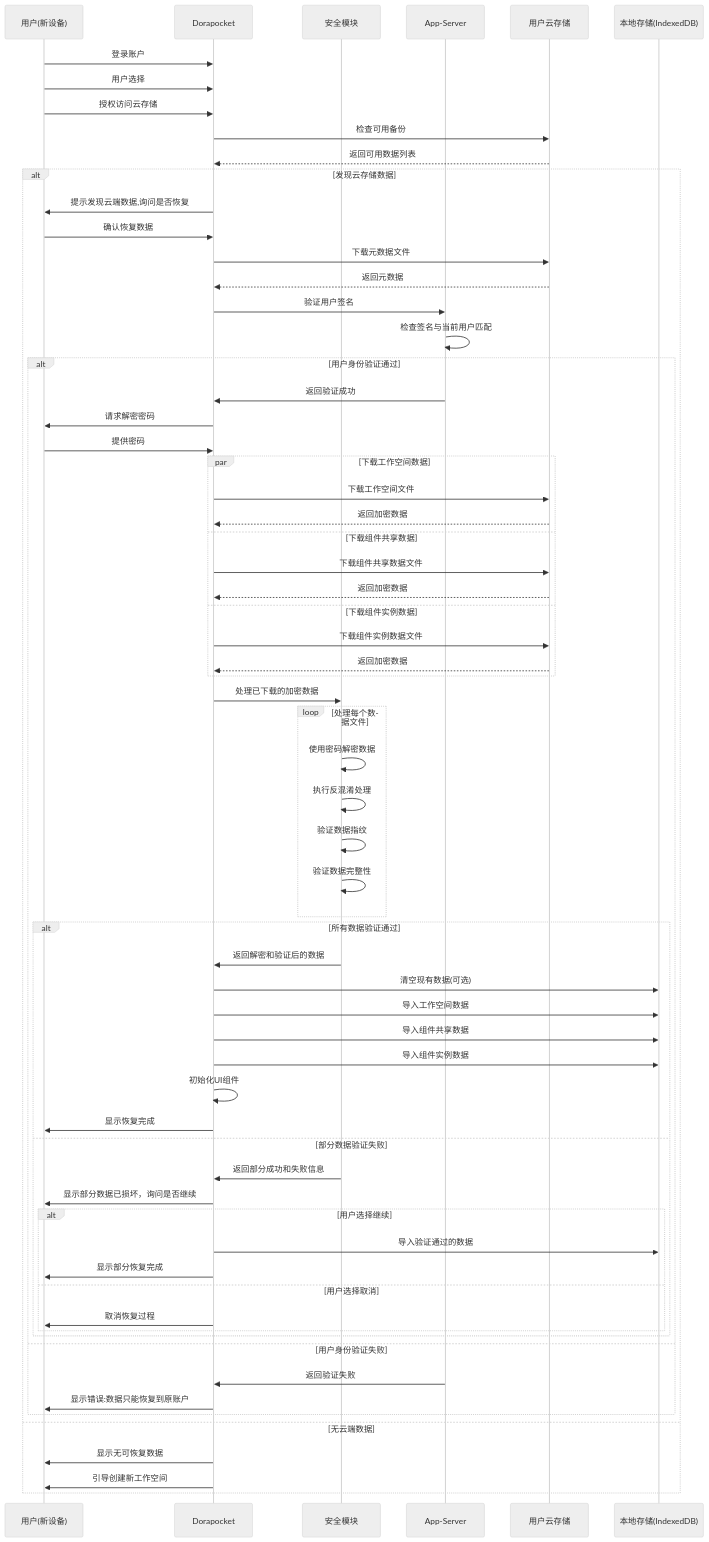
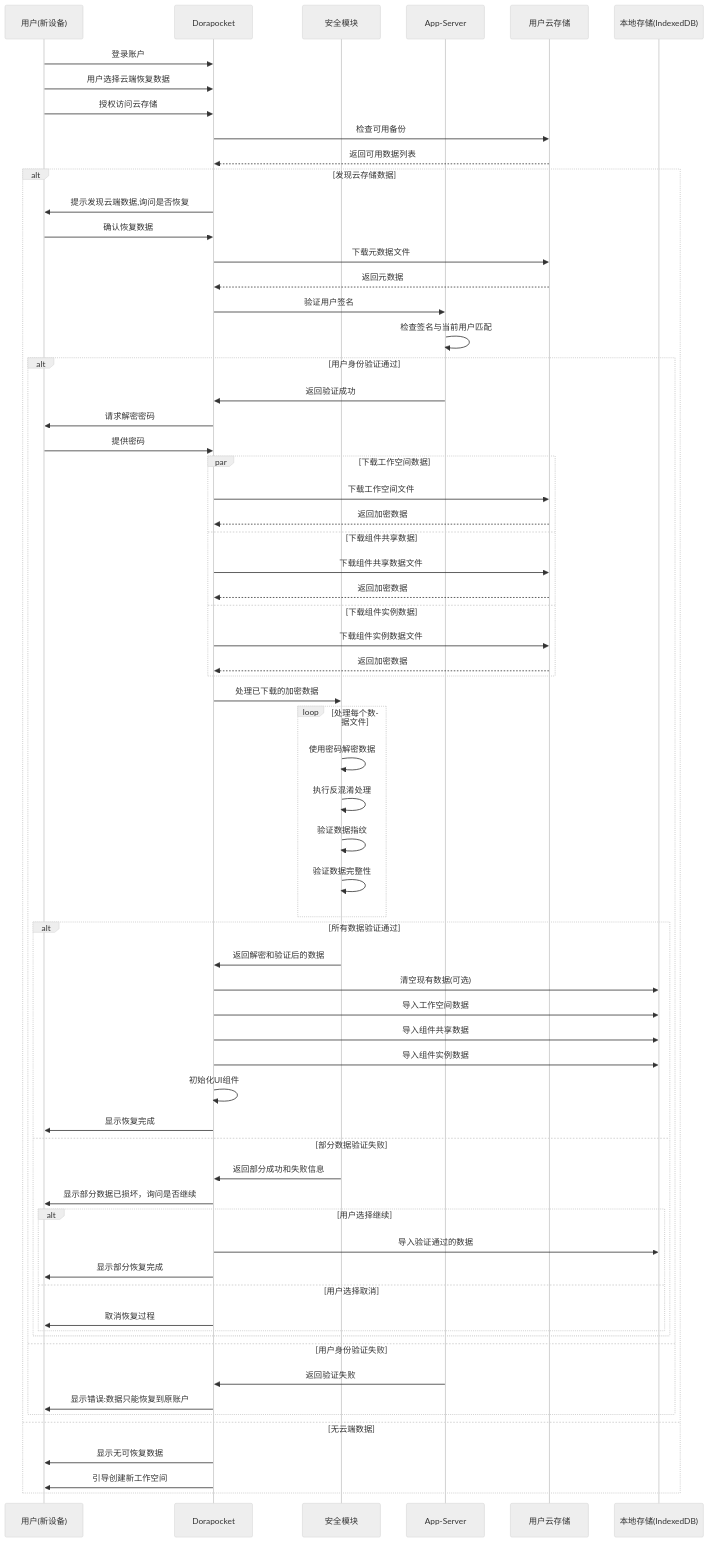
The diagram in all/未命名-34.md (yingjianzh/iodraw-files), drawn with Mermaid (neutral theme) before and after one commit.

Commit message:
2025-04-17 17:05:51 update

````diff
--- a/all/未命名-34.md
+++ b/all/未命名-34.md
@@ -1,81 +1,81 @@
 ```mermaid
 sequenceDiagram
     participant User as 用户(新设备)
     participant App as Dorapocket
     participant Security as 安全模块
     participant AppServer as App-Server
     participant UserCloud as 用户云存储
     participant LocalDB as 本地存储(IndexedDB)
     
     User->>App: 登录账户
-    User->>App: 用户选择
+    User->>App: 用户选择云端恢复数据
     User->>App: 授权访问云存储
     
     App->>UserCloud: 检查可用备份
     UserCloud-->>App: 返回可用数据列表
     
     alt 发现云存储数据
         App->>User: 提示发现云端数据,询问是否恢复
         User->>App: 确认恢复数据
         
         App->>UserCloud: 下载元数据文件
         UserCloud-->>App: 返回元数据
         
         App->>AppServer: 验证用户签名
         AppServer->>AppServer: 检查签名与当前用户匹配
         
         alt 用户身份验证通过
             AppServer->>App: 返回验证成功
             
             App->>User: 请求解密密码
             User->>App: 提供密码
             
             par 下载工作空间数据
                 App->>UserCloud: 下载工作空间文件
                 UserCloud-->>App: 返回加密数据
             and 下载组件共享数据
                 App->>UserCloud: 下载组件共享数据文件
                 UserCloud-->>App: 返回加密数据
             and 下载组件实例数据
                 App->>UserCloud: 下载组件实例数据文件
                 UserCloud-->>App: 返回加密数据
             end
             
             App->>Security: 处理已下载的加密数据
             loop 处理每个数据文件
                 Security->>Security: 使用密码解密数据
                 Security->>Security: 执行反混淆处理
                 Security->>Security: 验证数据指纹
                 Security->>Security: 验证数据完整性
             end
             
             alt 所有数据验证通过
                 Security->>App: 返回解密和验证后的数据
                 
                 App->>LocalDB: 清空现有数据(可选)
                 App->>LocalDB: 导入工作空间数据
                 App->>LocalDB: 导入组件共享数据
                 App->>LocalDB: 导入组件实例数据
                 
                 App->>App: 初始化UI组件
                 App->>User: 显示恢复完成
             else 部分数据验证失败
                 Security->>App: 返回部分成功和失败信息
                 App->>User: 显示部分数据已损坏，询问是否继续
                 
                 alt 用户选择继续
                     App->>LocalDB: 导入验证通过的数据
                     App->>User: 显示部分恢复完成
                 else 用户选择取消
                     App->>User: 取消恢复过程
                 end
             end
         else 用户身份验证失败
             AppServer->>App: 返回验证失败
             App->>User: 显示错误:数据只能恢复到原账户
         end
     else 无云端数据
         App->>User: 显示无可恢复数据
         App->>User: 引导创建新工作空间
     end
 ```
````
